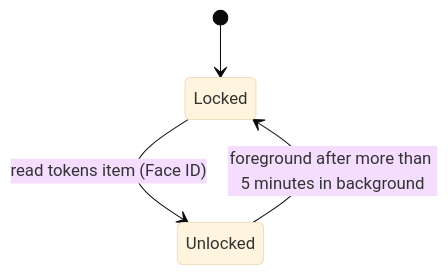
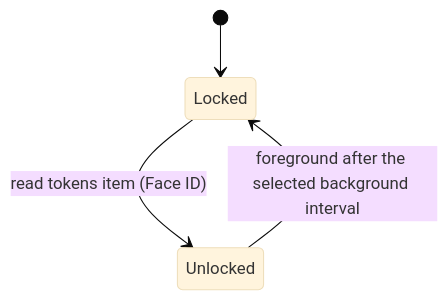
Before and after one commit to haowjy/tether: the second of 2 diagrams in docs/design/auth.md, drawn with Mermaid (base theme). The commit also changed other lines of this file and 6 other files, not shown here.

````diff
--- a/docs/design/auth.md
+++ b/docs/design/auth.md
@@ -995,6 +999,6 @@
 ```mermaid
 stateDiagram-v2
   [*] --> Locked
   Locked --> Unlocked: read tokens item (Face ID)
-  Unlocked --> Locked: foreground after more than 5 minutes in background
+  Unlocked --> Locked: foreground after the selected background interval
 ```
````
